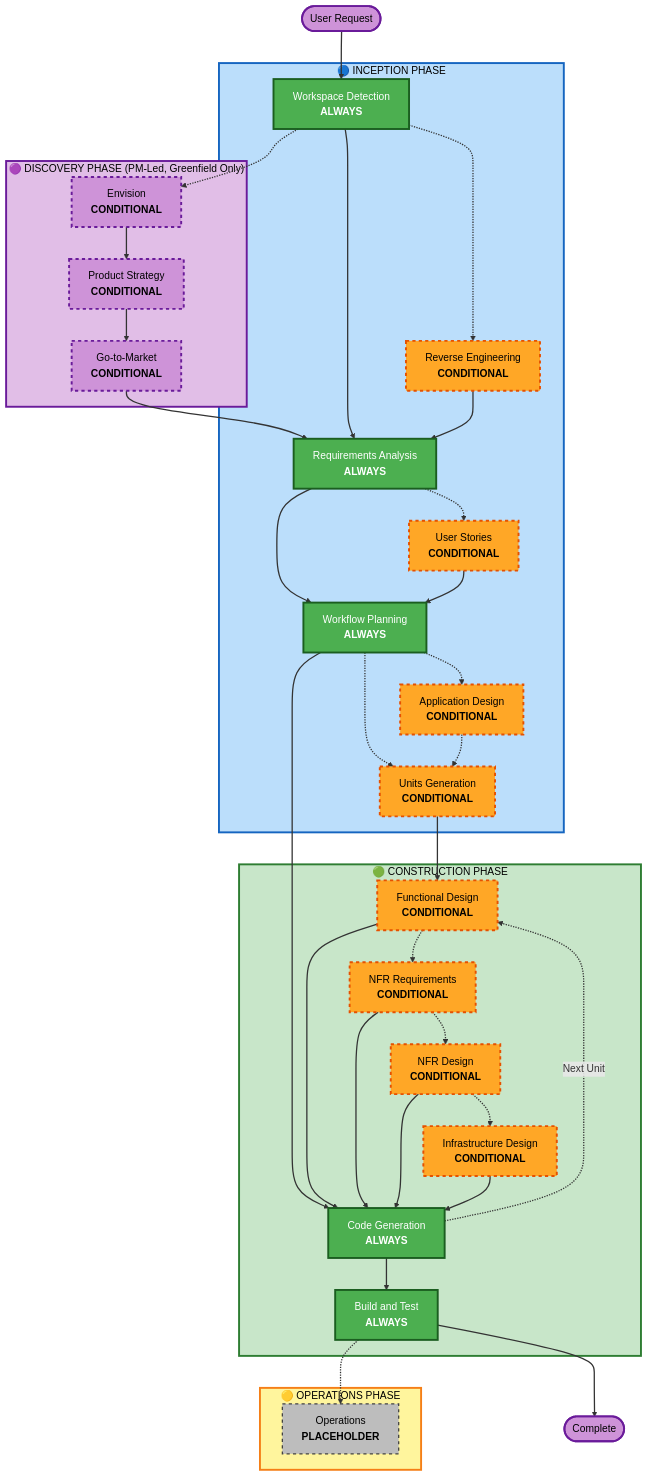
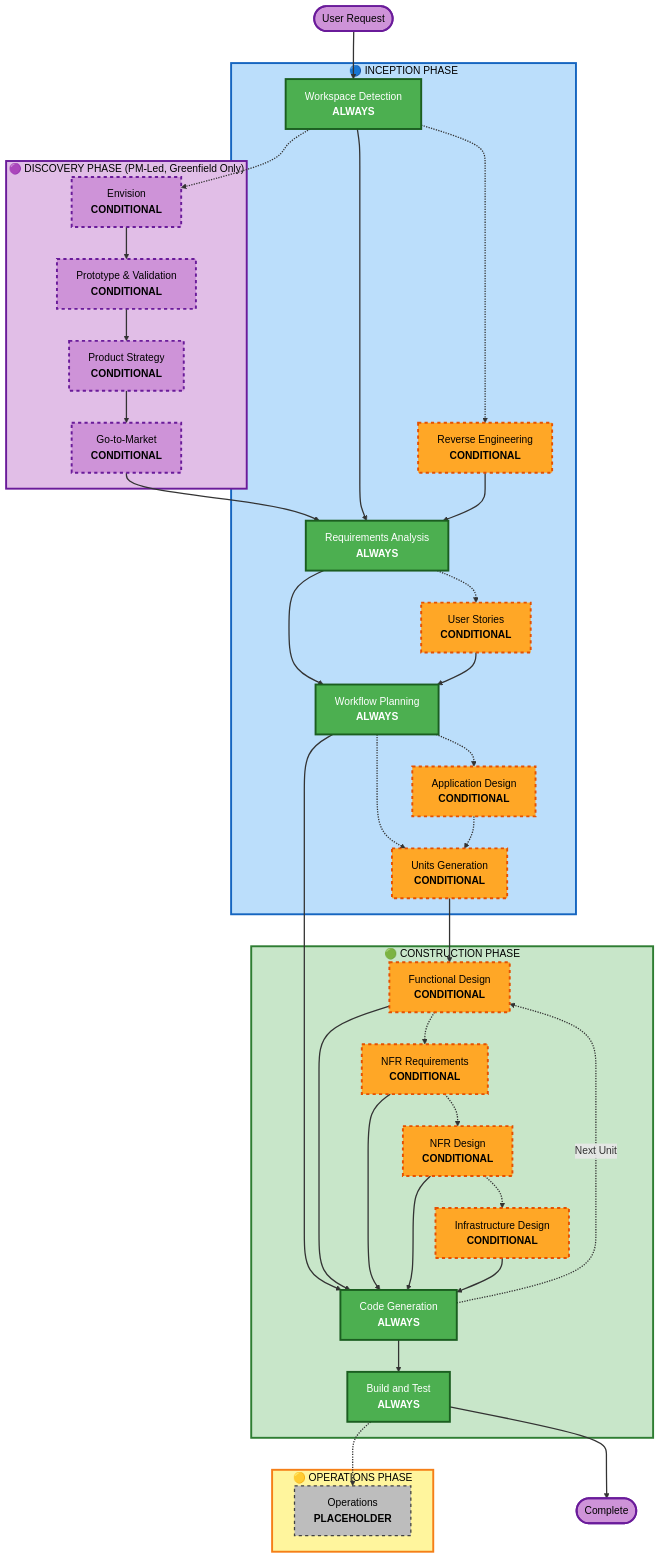
One commit to RachnaC1234/aidlc-workflows changed the diagram in aidlc-rules/aws-aidlc-rule-details/common/process-overview.md. Above: the diagram before and after it, drawn with Mermaid. The commit also changed other lines of this file and 9 other files, not shown here.

```diff
--- a/aidlc-rules/aws-aidlc-rule-details/common/process-overview.md
+++ b/aidlc-rules/aws-aidlc-rule-details/common/process-overview.md
@@ -38,6 +38,7 @@
     
     subgraph DISCOVERY["🟣 DISCOVERY PHASE (PM-Led, Greenfield Only)"]
         ENV["Envision<br/><b>CONDITIONAL</b>"]
+        PV["Prototype & Validation<br/><b>CONDITIONAL</b>"]
         PS["Product Strategy<br/><b>CONDITIONAL</b>"]
         GTM["Go-to-Market<br/><b>CONDITIONAL</b>"]
     end
@@ -67,7 +68,8 @@
     
     Start --> WD
     WD -.-> ENV
-    ENV --> PS
+    ENV --> PV
+    PV --> PS
     PS --> GTM
     GTM --> RA
     WD -.-> RE
@@ -103,6 +105,7 @@
     style BT fill:#4CAF50,stroke:#1B5E20,stroke-width:3px,color:#fff
     style OPS fill:#BDBDBD,stroke:#424242,stroke-width:2px,stroke-dasharray: 5 5,color:#000
     style ENV fill:#CE93D8,stroke:#6A1B9A,stroke-width:3px,stroke-dasharray: 5 5,color:#000
+    style PV fill:#CE93D8,stroke:#6A1B9A,stroke-width:3px,stroke-dasharray: 5 5,color:#000
     style PS fill:#CE93D8,stroke:#6A1B9A,stroke-width:3px,stroke-dasharray: 5 5,color:#000
     style GTM fill:#CE93D8,stroke:#6A1B9A,stroke-width:3px,stroke-dasharray: 5 5,color:#000
     style RE fill:#FFA726,stroke:#E65100,stroke-width:3px,stroke-dasharray: 5 5,color:#000
```
